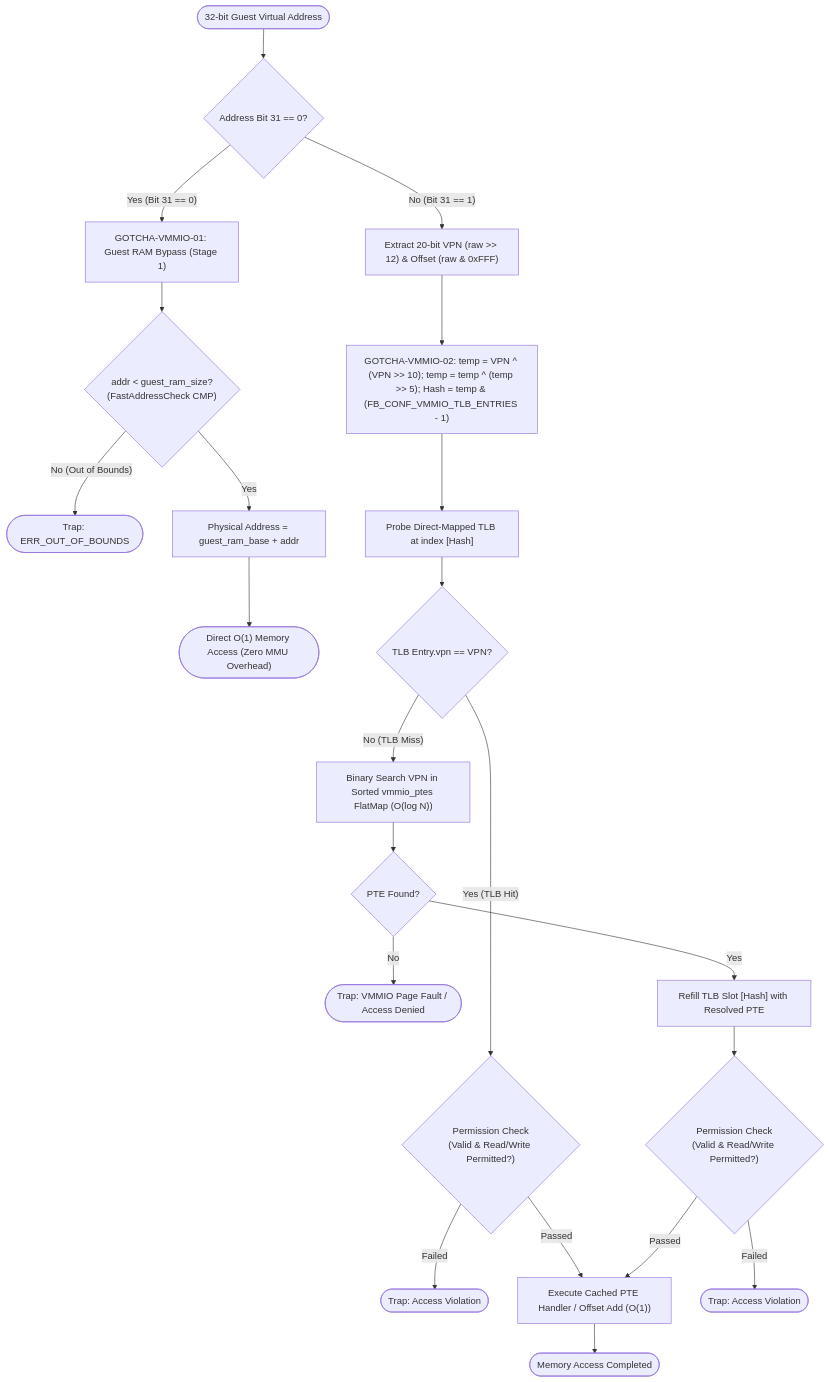
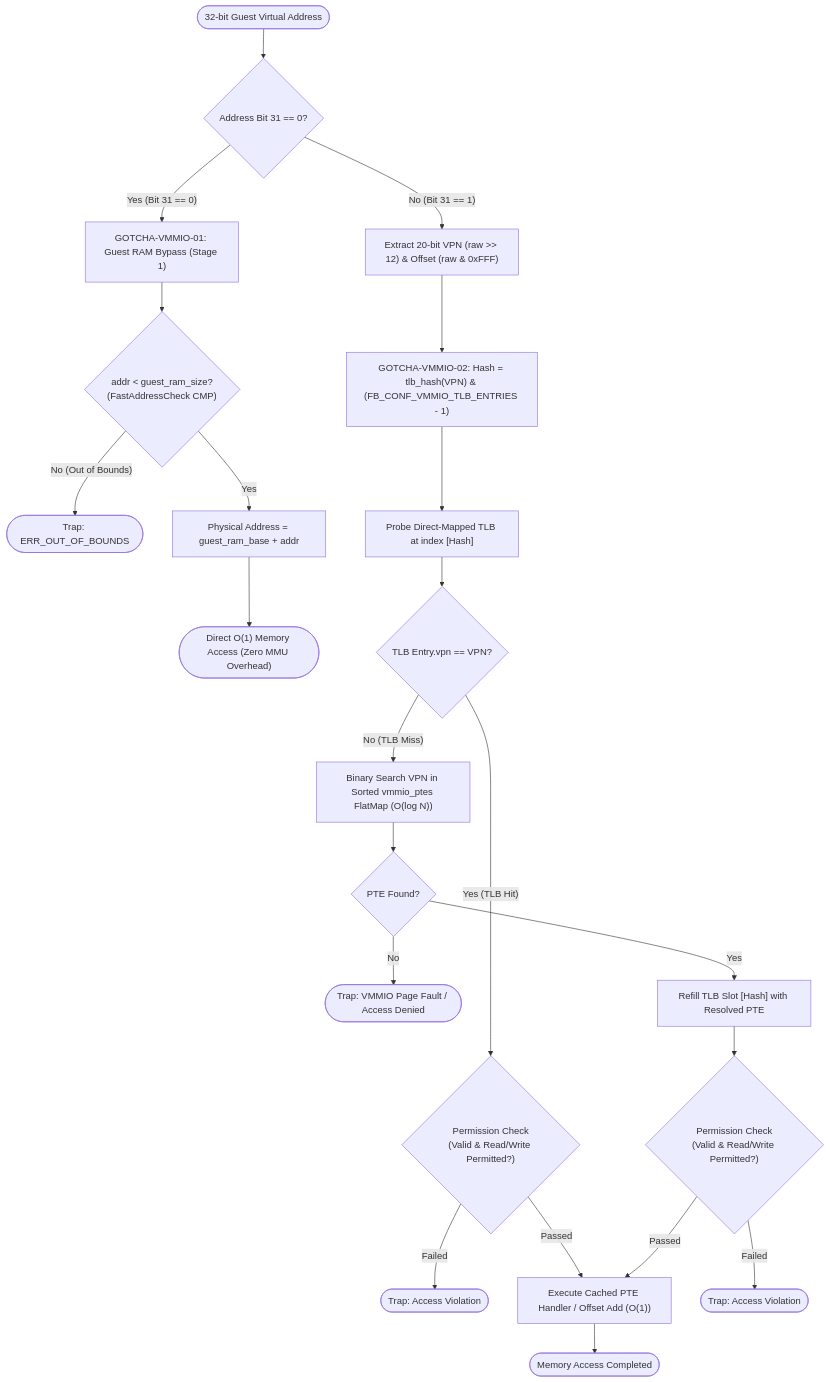
One commit to kmt-t/fireball changed the second of 7 diagrams in docs/components/tier2_runtime/runtime_vmmio.md. Above: the diagram before and after it, drawn with Mermaid. The commit also changed other lines of this file and 87 other files, not shown here.

````diff
--- a/docs/components/tier2_runtime/runtime_vmmio.md
+++ b/docs/components/tier2_runtime/runtime_vmmio.md
@@ -190,28 +188,28 @@
 ```mermaid
 flowchart TD
     Start(["32-bit Guest Virtual Address"]) --> CheckBit31{"Address Bit 31 == 0?"}
 
     CheckBit31 -- "Yes (Bit 31 == 0)" --> RAMBypass["GOTCHA-VMMIO-01: Guest RAM Bypass (Stage 1)"]
     RAMBypass --> CheckRAMBounds{"addr < guest_ram_size?<br/>(FastAddressCheck CMP)"}
     CheckRAMBounds -- "No (Out of Bounds)" --> TrapOOB(["Trap: ERR_OUT_OF_BOUNDS"])
     CheckRAMBounds -- "Yes" --> CalcRAM["Physical Address = guest_ram_base + addr"]
     CalcRAM --> DirectAccess(["Direct O(1) Memory Access (Zero MMU Overhead)"])
 
     CheckBit31 -- "No (Bit 31 == 1)" --> ExtractVPN["Extract 20-bit VPN (raw >> 12) & Offset (raw & 0xFFF)"]
-    ExtractVPN --> FoldingXOR["GOTCHA-VMMIO-02: temp = VPN ^ (VPN >> 10); temp = temp ^ (temp >> 5); Hash = temp & (FB_CONF_VMMIO_TLB_ENTRIES - 1)"]
+    ExtractVPN --> FoldingXOR["GOTCHA-VMMIO-02: Hash = tlb_hash(VPN) & (FB_CONF_VMMIO_TLB_ENTRIES - 1)"]
     FoldingXOR --> ProbeTLB["Probe Direct-Mapped TLB at index [Hash]"]
 
     ProbeTLB --> TLBHit{"TLB Entry.vpn == VPN?"}
     TLBHit -- "Yes (TLB Hit)" --> CheckPermHit{"Permission Check<br/>(Valid & Read/Write Permitted?)"}
     CheckPermHit -- "Failed" --> TrapAccessHit(["Trap: Access Violation"])
     CheckPermHit -- "Passed" --> ExecHandler["Execute Cached PTE Handler / Offset Add (O(1))"]
     ExecHandler --> Complete(["Memory Access Completed"])
 
     TLBHit -- "No (TLB Miss)" --> FlatMapWalk["Binary Search VPN in Sorted vmmio_ptes FlatMap (O(log N))"]
     FlatMapWalk --> WalkFound{"PTE Found?"}
     WalkFound -- "No" --> Fault(["Trap: VMMIO Page Fault / Access Denied"])
     WalkFound -- "Yes" --> RefillTLB["Refill TLB Slot [Hash] with Resolved PTE"]
     RefillTLB --> CheckPermMiss{"Permission Check<br/>(Valid & Read/Write Permitted?)"}
     CheckPermMiss -- "Failed" --> TrapAccessMiss(["Trap: Access Violation"])
     CheckPermMiss -- "Passed" --> ExecHandler
 ```
````
